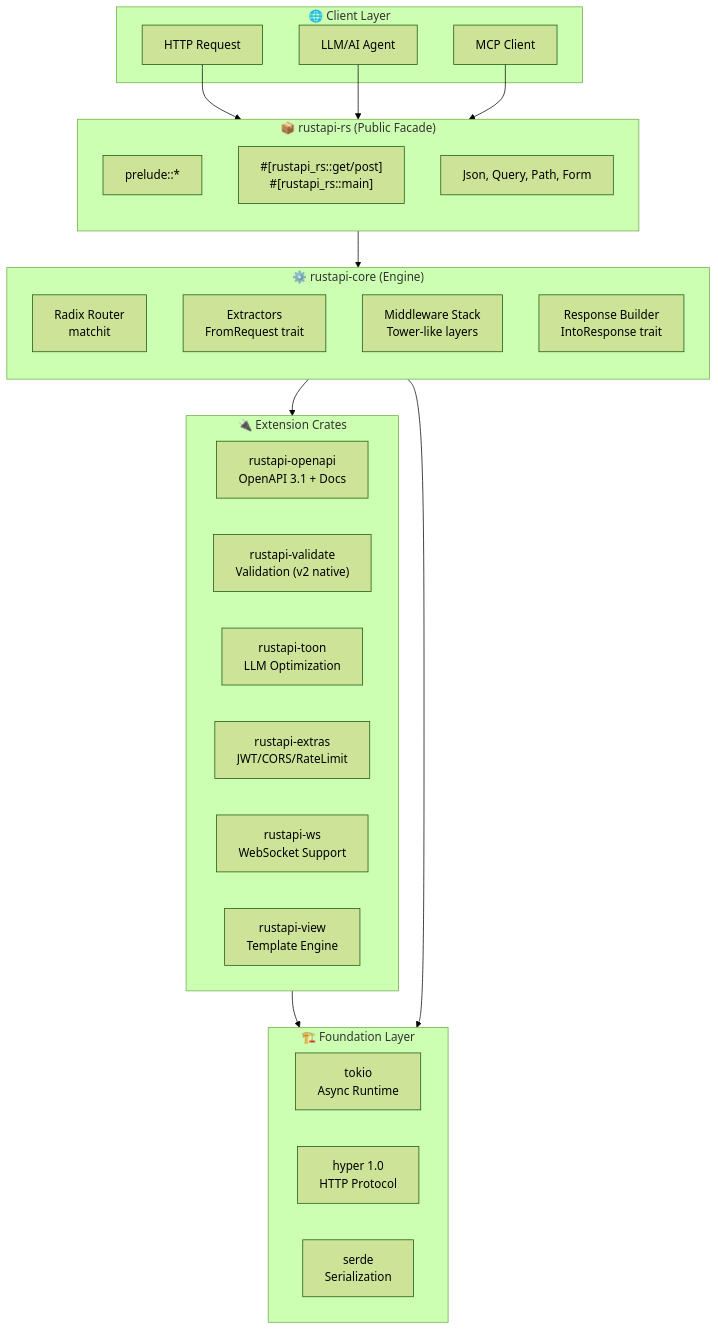
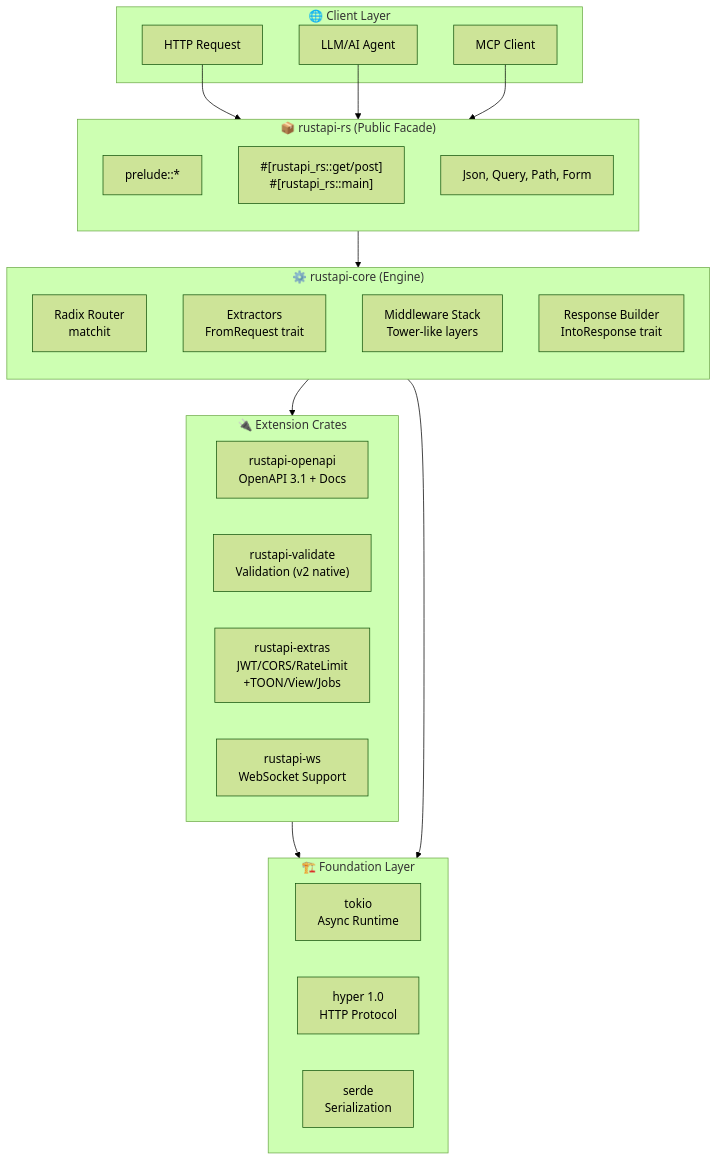
One commit to Tuntii/RustAPI changed the first of 3 diagrams in docs/cookbook/src/architecture/system_overview.md. Above: the diagram before and after it, drawn with Mermaid (forest theme). The commit also changed other lines of this file and 26 other files, not shown here.

First line of the commit message:
Remove rustapi-jobs crate; fold into extras

````diff
--- a/docs/cookbook/src/architecture/system_overview.md
+++ b/docs/cookbook/src/architecture/system_overview.md
@@ -7,48 +7,46 @@
 ```mermaid
 graph TB
     subgraph Client["🌐 Client Layer"]
         HTTP[HTTP Request]
         LLM[LLM/AI Agent]
         MCP[MCP Client]
     end
 
     subgraph Public["📦 rustapi-rs (Public Facade)"]
         direction TB
         Prelude[prelude::*]
         Macros["#[rustapi_rs::get/post]<br>#[rustapi_rs::main]"]
         Types[Json, Query, Path, Form]
     end
 
     subgraph Core["⚙️ rustapi-core (Engine)"]
         direction TB
         Router[Radix Router<br>matchit]
         Extract[Extractors<br>FromRequest trait]
         MW[Middleware Stack<br>Tower-like layers]
         Resp[Response Builder<br>IntoResponse trait]
     end
 
     subgraph Extensions["🔌 Extension Crates"]
         direction LR
         OpenAPI["rustapi-openapi<br>OpenAPI 3.1 + Docs"]
         Validate["rustapi-validate<br>Validation (v2 native)"]
-        Toon["rustapi-toon<br>LLM Optimization"]
-        Extras["rustapi-extras<br>JWT/CORS/RateLimit"]
+        Extras["rustapi-extras<br>JWT/CORS/RateLimit<br>+TOON/View/Jobs"]
         WsCrate["rustapi-ws<br>WebSocket Support"]
-        ViewCrate["rustapi-view<br>Template Engine"]
     end
 
     subgraph Foundation["🏗️ Foundation Layer"]
         direction LR
         Tokio[tokio<br>Async Runtime]
         Hyper[hyper 1.0<br>HTTP Protocol]
         Serde[serde<br>Serialization]
     end
 
     HTTP --> Public
     LLM --> Public
     MCP --> Public
     Public --> Core
     Core --> Extensions
     Extensions --> Foundation
     Core --> Foundation
 ```
````
